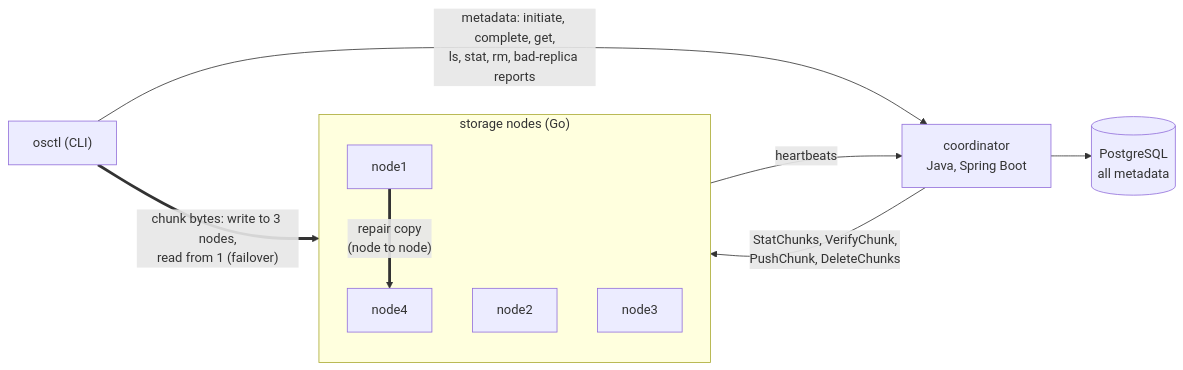
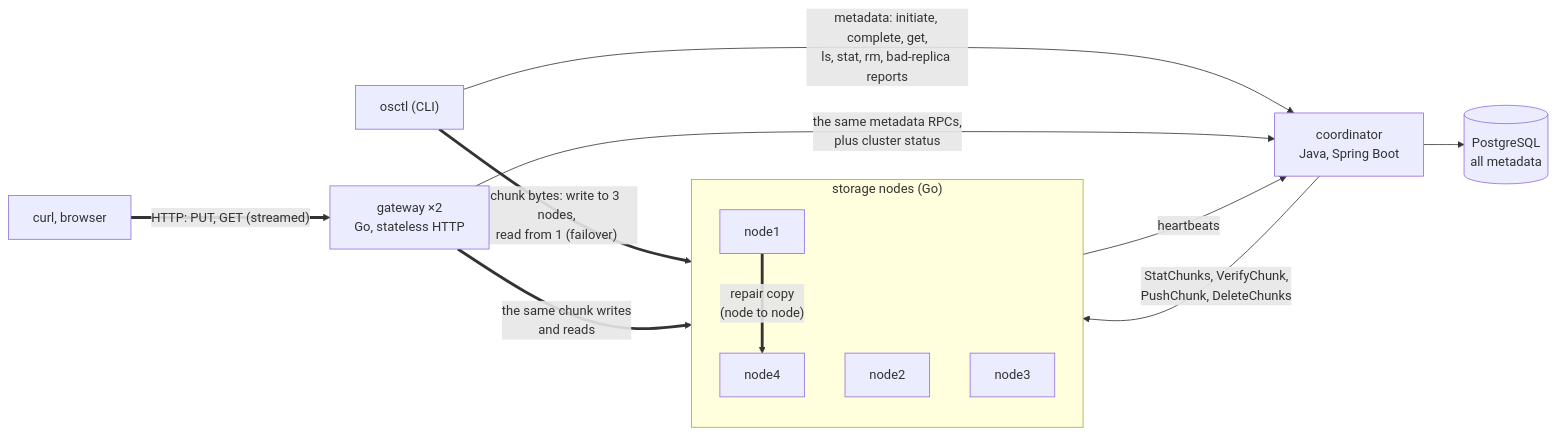
The diagram in README.md (Ayomide1x/object-store), drawn with Mermaid before and after one commit. The commit also changed other lines of this file and 71 other files, not shown here.

Commit message:
Stage 10: HTTP gateway

````diff
--- a/README.md
+++ b/README.md
@@ -13,19 +13,24 @@
 ```mermaid
 flowchart LR
     osctl["osctl (CLI)"]
+    http["curl, browser"]
+    gw["gateway ×2<br/>Go, stateless HTTP"]
     coord["coordinator<br/>Java, Spring Boot"]
     pg[("PostgreSQL<br/>all metadata")]
     subgraph nodes["storage nodes (Go)"]
         n1[node1]
         n2[node2]
         n3[node3]
         n4[node4]
     end
 
     osctl -- "metadata: initiate, complete, get,<br/>ls, stat, rm, bad-replica reports" --> coord
     osctl == "chunk bytes: write to 3 nodes,<br/>read from 1 (failover)" ==> nodes
+    http == "HTTP: PUT, GET (streamed)" ==> gw
+    gw -- "the same metadata RPCs,<br/>plus cluster status" --> coord
+    gw == "the same chunk writes<br/>and reads" ==> nodes
     coord --> pg
     coord -- "StatChunks, VerifyChunk,<br/>PushChunk, DeleteChunks" --> nodes
     nodes -- "heartbeats" --> coord
     n1 == "repair copy<br/>(node to node)" ==> n4
 ```
````
